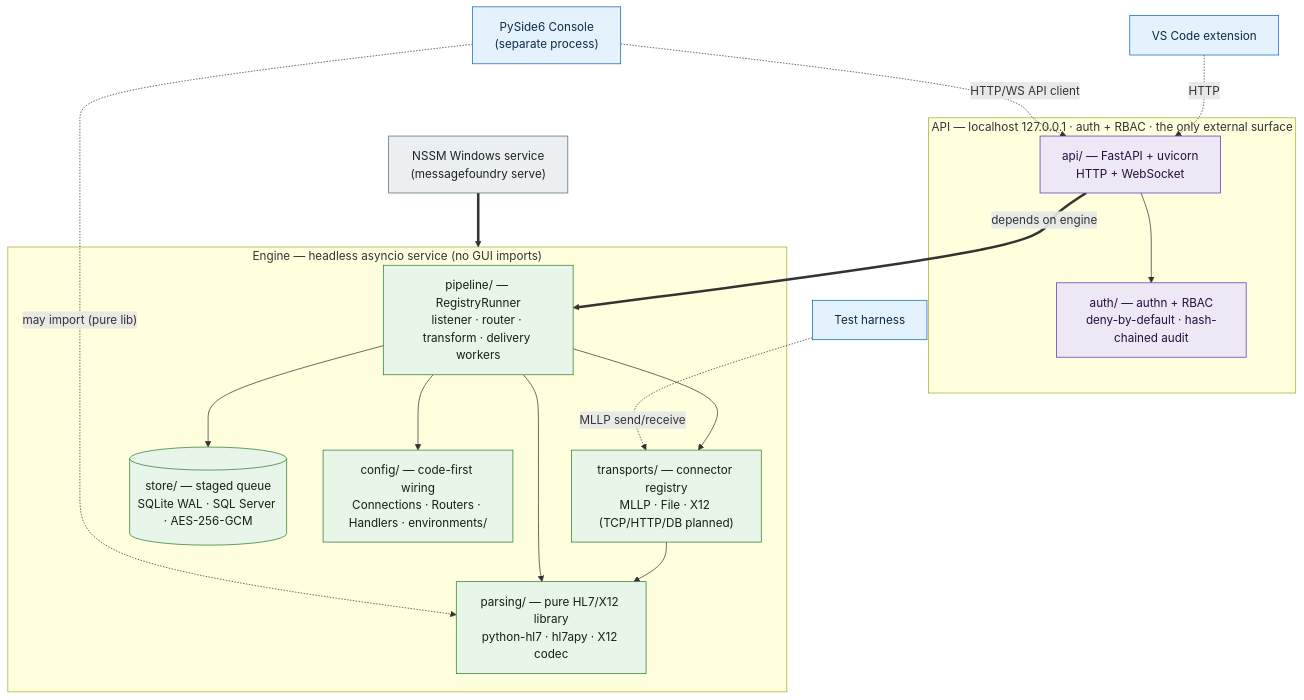
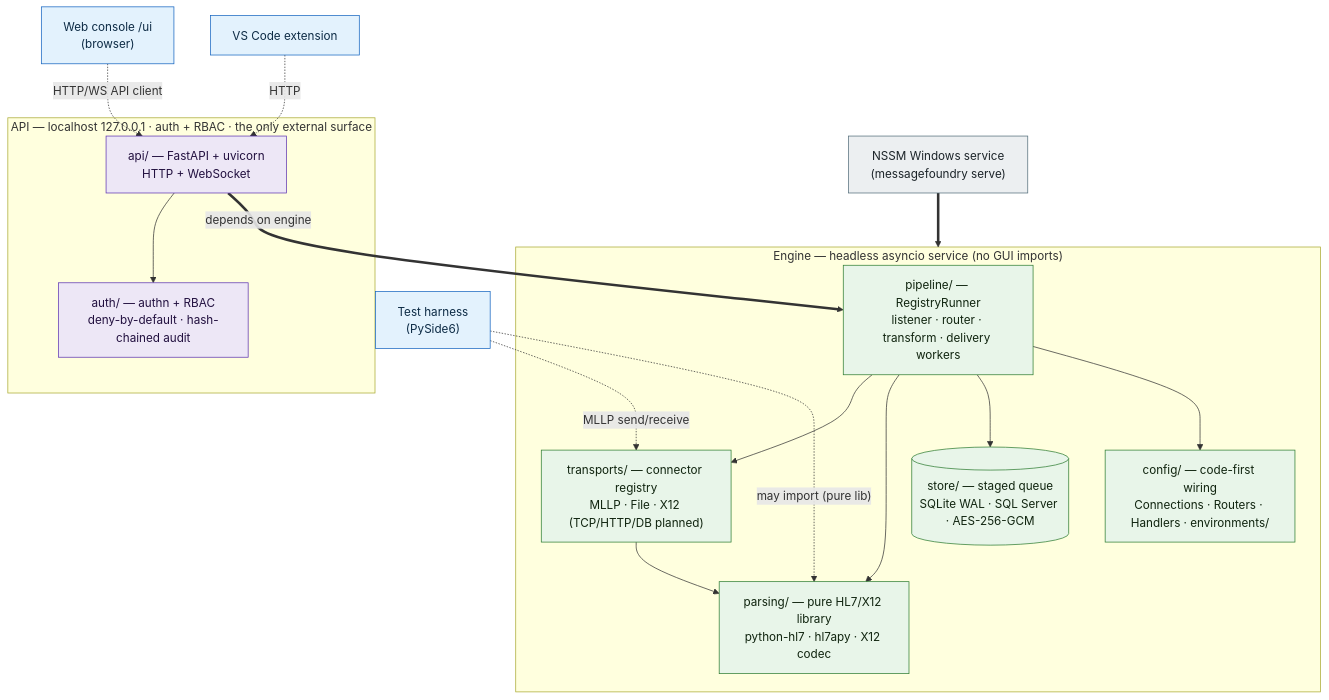
One commit to MEFORORG/MessageFoundry changed the second of 4 diagrams in docs/architecture-diagram.md. Above: the diagram before and after it, drawn with Mermaid. The commit also changed other lines of this file and 133 other files, not shown here.

````diff
--- a/docs/architecture-diagram.md
+++ b/docs/architecture-diagram.md
@@ -128,42 +128,42 @@
 ```mermaid
 flowchart TB
   classDef client fill:#e3f2fd,stroke:#1565c0,color:#0d2b45;
   classDef api fill:#ede7f6,stroke:#5e35b1,color:#22103f;
   classDef engine fill:#e8f5e9,stroke:#2e7d32,color:#10240f;
   classDef deploy fill:#eceff1,stroke:#546e7a,color:#1c2429;
 
-  CON["PySide6 Console<br/>(separate process)"]:::client
+  CON["Web console /ui<br/>(browser)"]:::client
   IDE["VS Code extension"]:::client
-  HARNESS["Test harness"]:::client
+  HARNESS["Test harness<br/>(PySide6)"]:::client
 
   subgraph API_BND["API — localhost 127.0.0.1 · auth + RBAC · the only external surface"]
     API["api/ — FastAPI + uvicorn<br/>HTTP + WebSocket"]:::api
     AUTH["auth/ — authn + RBAC<br/>deny-by-default · hash-chained audit"]:::api
   end
 
   subgraph ENGINE["Engine — headless asyncio service (no GUI imports)"]
     PIPE["pipeline/ — RegistryRunner<br/>listener · router · transform · delivery workers"]:::engine
     TRANS["transports/ — connector registry<br/>MLLP · File · X12 (TCP/HTTP/DB planned)"]:::engine
     PARSE["parsing/ — pure HL7/X12 library<br/>python-hl7 · hl7apy · X12 codec"]:::engine
     STORE[("store/ — staged queue<br/>SQLite WAL · SQL Server · AES-256-GCM")]:::engine
     CFG["config/ — code-first wiring<br/>Connections · Routers · Handlers · environments/"]:::engine
   end
 
   NSSM["NSSM Windows service<br/>(messagefoundry serve)"]:::deploy
 
   CON -.->|"HTTP/WS API client"| API
   IDE -.->|"HTTP"| API
   HARNESS -.->|"MLLP send/receive"| TRANS
-  CON -.->|"may import (pure lib)"| PARSE
+  HARNESS -.->|"may import (pure lib)"| PARSE
 
   API --> AUTH
   API ==>|"depends on engine"| PIPE
 
   PIPE --> TRANS
   PIPE --> PARSE
   PIPE --> STORE
   PIPE --> CFG
   TRANS --> PARSE
 
   NSSM ==> ENGINE
 ```
````
